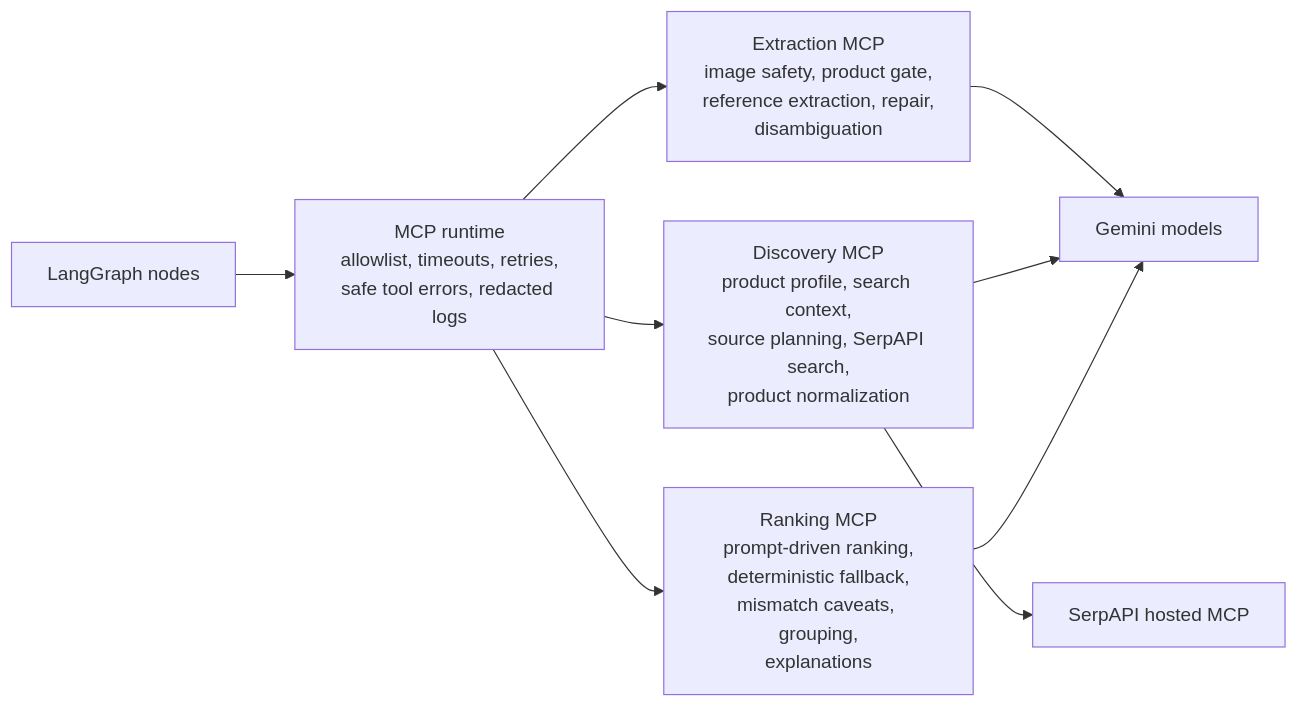
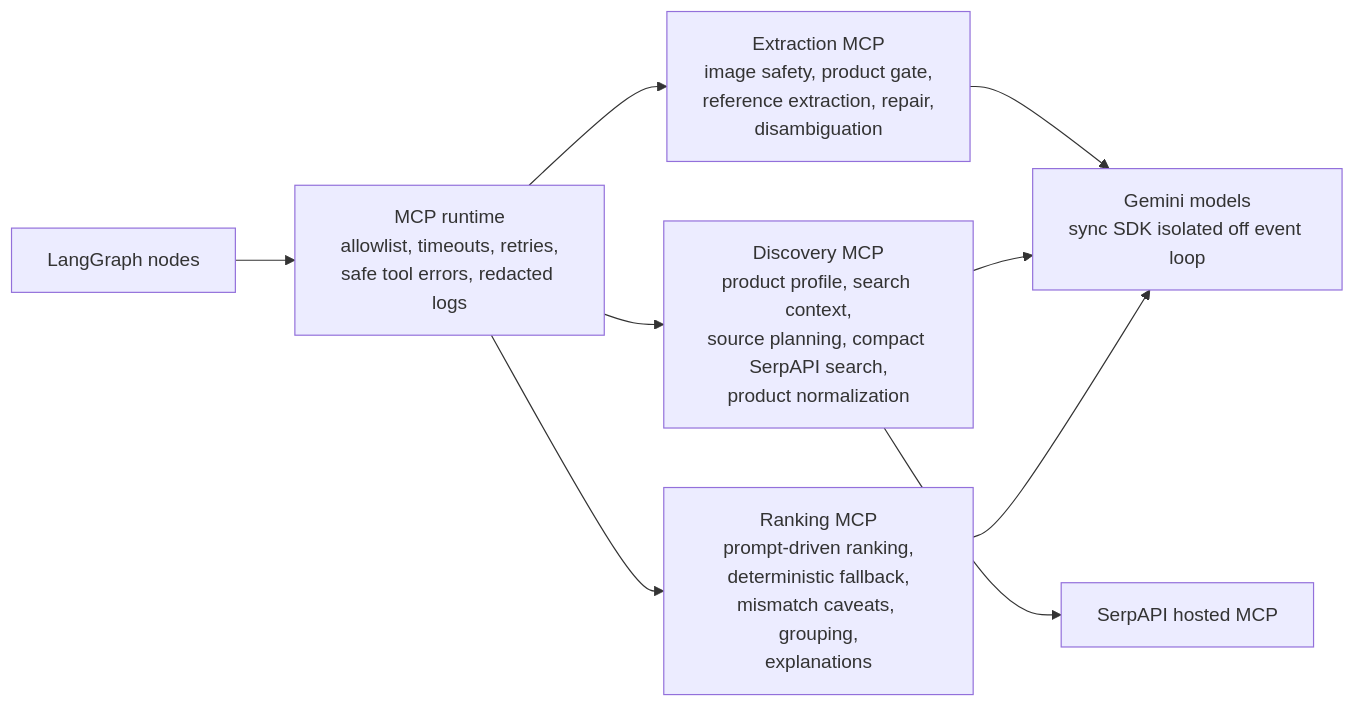
Before and after one commit to DHRUVSHARM/ThriftLens: the third of 6 diagrams in APPROACH.md, drawn with Mermaid. The commit also changed other lines of this file and 11 other files, not shown here.

Commit message:
updates for live source discovery latency issues

````diff
--- a/APPROACH.md
+++ b/APPROACH.md
@@ -275,11 +285,11 @@
 ```mermaid
 flowchart LR
   Graph["LangGraph nodes"] --> Runtime["MCP runtime<br/>allowlist, timeouts, retries,<br/>safe tool errors, redacted logs"]
   Runtime --> Extraction["Extraction MCP<br/>image safety, product gate,<br/>reference extraction, repair,<br/>disambiguation"]
-  Runtime --> Discovery["Discovery MCP<br/>product profile, search context,<br/>source planning, SerpAPI search,<br/>product normalization"]
+  Runtime --> Discovery["Discovery MCP<br/>product profile, search context,<br/>source planning, compact SerpAPI search,<br/>product normalization"]
   Runtime --> Ranking["Ranking MCP<br/>prompt-driven ranking,<br/>deterministic fallback,<br/>mismatch caveats, grouping,<br/>explanations"]
-  Extraction --> Gemini["Gemini models"]
+  Extraction --> Gemini["Gemini models<br/>sync SDK isolated off event loop"]
   Discovery --> Gemini
   Discovery --> SerpApi["SerpAPI hosted MCP"]
   Ranking --> Gemini
 ```
````
